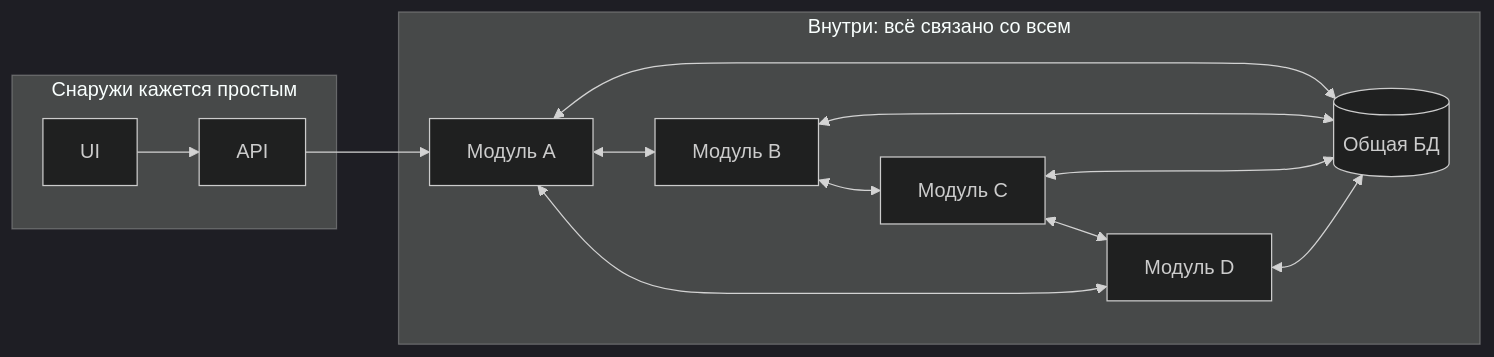
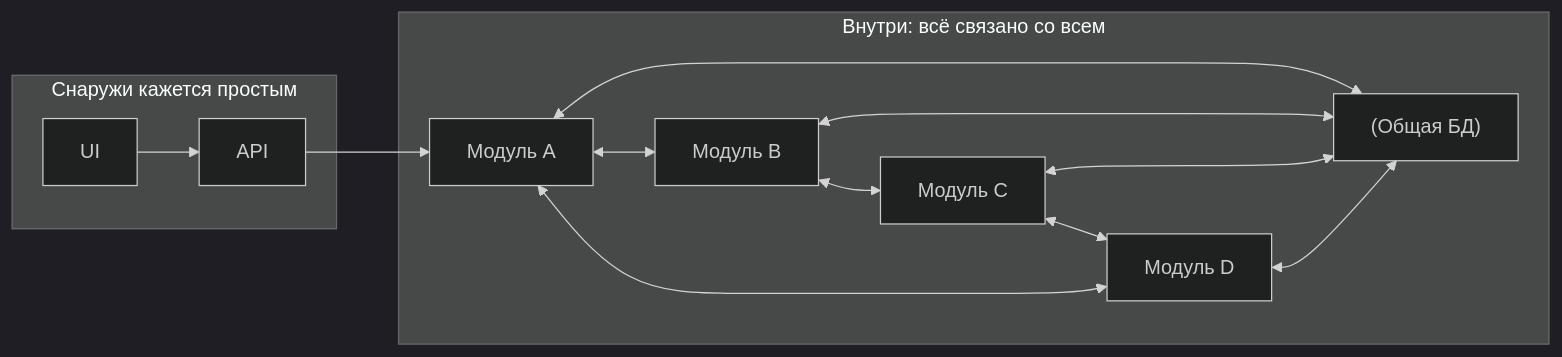
The first of 6 diagrams in directions/architecture/pact/33_antipatterny_i_kriterii_vybora_arkhitektury/01_33_1_antipatterny.md (DDoSKudya/ai-study-atlas), drawn with Mermaid (dark theme) before and after one commit. The commit also changed other lines of this file and 322 other files, not shown here.

Commit message:
fix(docs): make mermaid diagrams GitHub-compatible across directions content

````diff
--- a/directions/architecture/pact/33_antipatterny_i_kriterii_vybora_arkhitektury/01_33_1_antipatterny.md
+++ b/directions/architecture/pact/33_antipatterny_i_kriterii_vybora_arkhitektury/01_33_1_antipatterny.md
@@ -79,19 +79,19 @@
 ```mermaid
 flowchart LR
-  subgraph Outside[Снаружи кажется простым]
-    UI[UI] --> API[API]
+  subgraph Outside["Снаружи кажется простым"]
+    UI["UI"] --> API["API"]
   end
 
-  subgraph Inside[Внутри: всё связано со всем]
-    A[Модуль A] <--> B[Модуль B]
-    B <--> C[Модуль C]
-    C <--> D[Модуль D]
+  subgraph Inside["Внутри: всё связано со всем"]
+    A["Модуль A"] <--> B["Модуль B"]
+    B <--> C["Модуль C"]
+    C <--> D["Модуль D"]
     D <--> A
-    A <--> DB[(Общая БД)]
+    A <--> DB["(Общая БД)"]
     B <--> DB
     C <--> DB
     D <--> DB
   end
 
   API --> A
 ```
````
